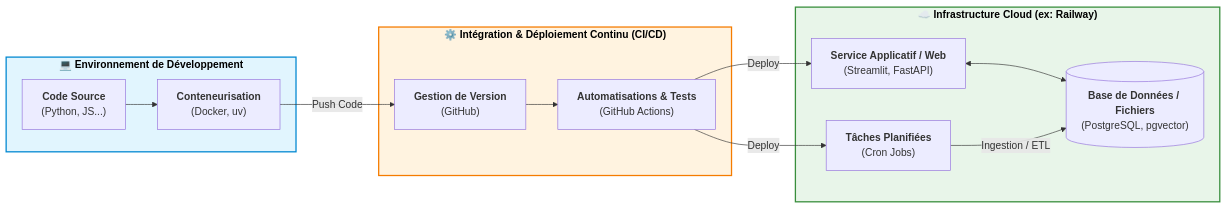
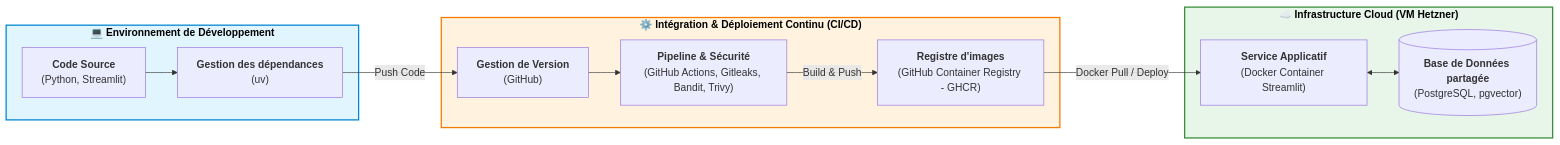
The diagram in README.md (johnplt/cinemind), drawn with Mermaid before and after one commit. The commit also changed other lines of this file and 2 other files, not shown here.

````diff
--- a/README.md
+++ b/README.md
@@ -13,35 +13,34 @@
 ```mermaid
 flowchart LR
     %% Styles avec texte noir et gras
     classDef dev fill:#e1f5fe,stroke:#0288d1,stroke-width:2px,color:#000000,font-weight:bold;
     classDef cicd fill:#fff3e0,stroke:#f57c00,stroke-width:2px,color:#000000,font-weight:bold;
     classDef cloud fill:#e8f5e9,stroke:#388e3c,stroke-width:2px,color:#000000,font-weight:bold;
 
     subgraph DEV["<b>💻 Environnement de Développement</b>"]
-        Code["<b>Code Source</b><br/>(Python, JS...)"]
-        DockerDev["<b>Conteneurisation</b><br/>(Docker, uv)"]
+        Code["<b>Code Source</b><br/>(Python, Streamlit)"]
+        DockerDev["<b>Gestion des dépendances</b><br/>(uv)"]
     end
 
     subgraph CICD["<b>⚙️ Intégration & Déploiement Continu (CI/CD)</b>"]
         Git["<b>Gestion de Version</b><br/>(GitHub)"]
-        Pipeline["<b>Automatisations & Tests</b><br/>(GitHub Actions)"]
+        Pipeline["<b>Pipeline & Sécurité</b><br/>(GitHub Actions, Gitleaks, Bandit, Trivy)"]
+        Registry["<b>Registre d'images</b><br/>(GitHub Container Registry - GHCR)"]
     end
 
-    subgraph CLOUD["<b>☁️ Infrastructure Cloud (ex: Railway)</b>"]
-        App["<b>Service Applicatif / Web</b><br/>(Streamlit, FastAPI)"]
-        Cron["<b>Tâches Planifiées</b><br/>(Cron Jobs)"]
-        BDD[("<b>Base de Données / Fichiers</b><br/>(PostgreSQL, pgvector)")]
+    subgraph CLOUD["<b>☁️ Infrastructure Cloud (VM Hetzner)</b>"]
+        App["<b>Service Applicatif</b><br/>(Docker Container Streamlit)"]
+        BDD[("<b>Base de Données partagée</b><br/>(PostgreSQL, pgvector)")]
     end
 
     Code --> DockerDev
     DockerDev -->|Push Code| Git
     Git --> Pipeline
-    Pipeline -->|Deploy| App
-    Pipeline -->|Deploy| Cron
+    Pipeline -->|Build & Push| Registry
+    Registry -->|Docker Pull / Deploy| App
     App <--> BDD
-    Cron -->|Ingestion / ETL| BDD
 
     class DEV dev;
     class CICD cicd;
     class CLOUD cloud;
 ```
````
